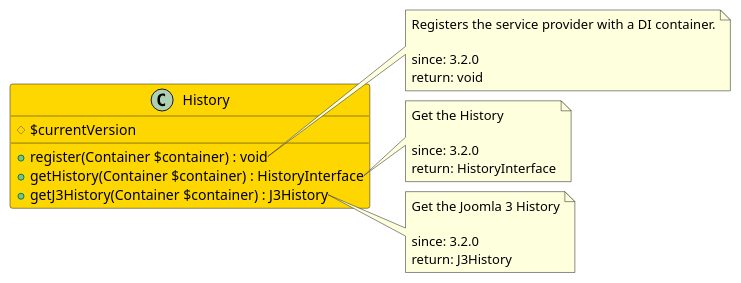
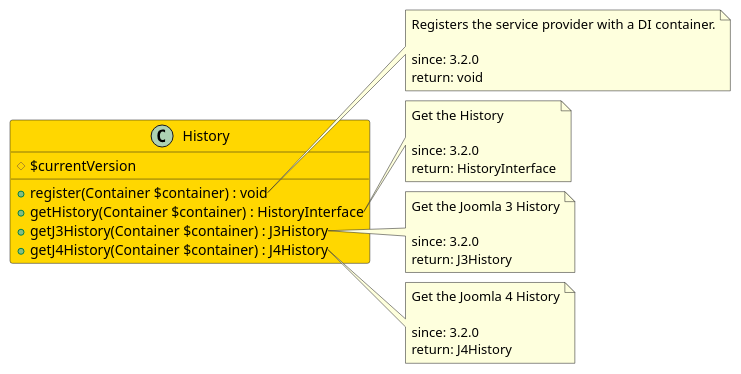
Before and after one commit to joomengine/jcb-compiler: the diagram in src/63782f74-7b03-4745-aa40-0adf8ed4e704/README.md, drawn with PlantUML. The commit also changed 399 other files, not shown here.

````diff
--- a/src/63782f74-7b03-4745-aa40-0adf8ed4e704/README.md
+++ b/src/63782f74-7b03-4745-aa40-0adf8ed4e704/README.md
@@ -11,32 +11,40 @@
 ```uml
 @startuml
 class History  #Gold {
   # $currentVersion
   + register(Container $container) : void
   + getHistory(Container $container) : HistoryInterface
   + getJ3History(Container $container) : J3History
+  + getJ4History(Container $container) : J4History
 }
 
 note right of History::register
   Registers the service provider with a DI container.
 
   since: 3.2.0
   return: void
 end note
 
 note right of History::getHistory
   Get the History
 
   since: 3.2.0
   return: HistoryInterface
 end note
 
 note right of History::getJ3History
   Get the Joomla 3 History
 
   since: 3.2.0
   return: J3History
 end note
+
+note right of History::getJ4History
+  Get the Joomla 4 History
+
+  since: 3.2.0
+  return: J4History
+end note
  
 @enduml
 ```
````
